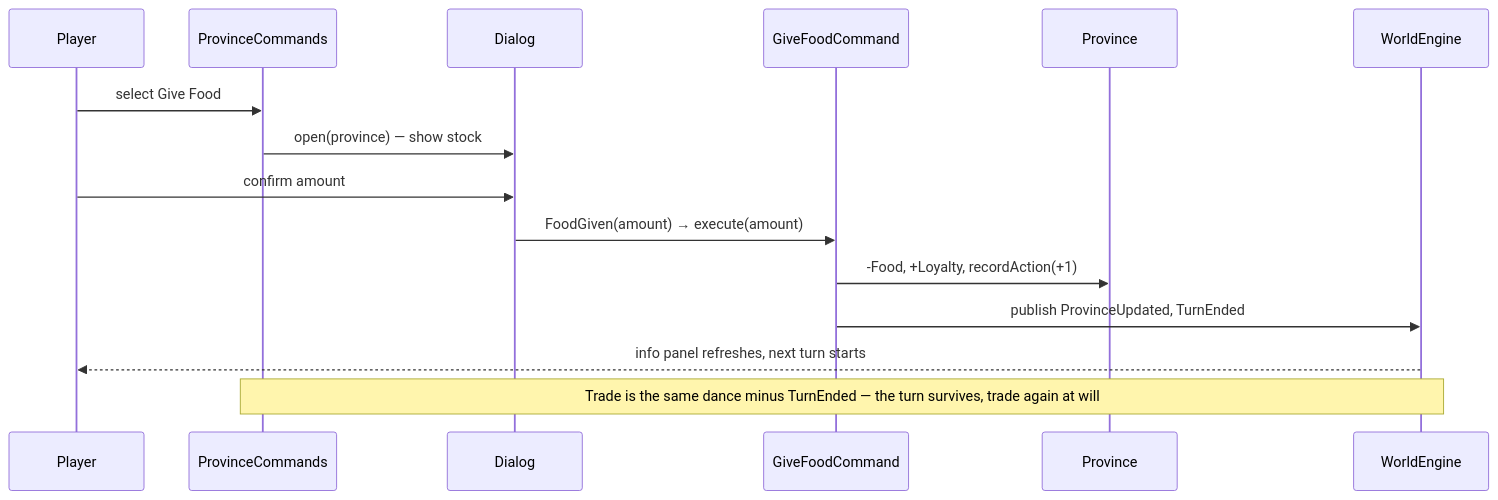
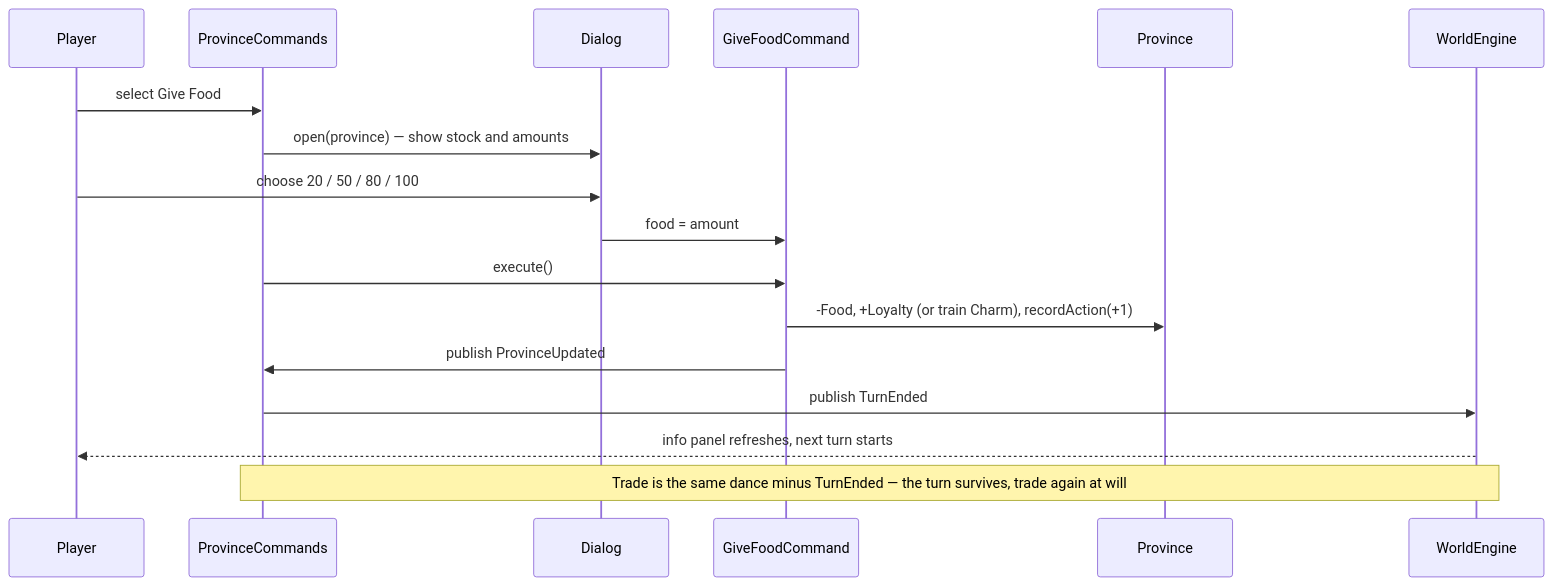
The third of 3 diagrams in gemstorm/docs/design/03-province-economy.md (pslotinsky/kunstkamera), drawn with Mermaid before and after one commit. The commit also changed other lines of this file and 19 other files, not shown here.

````diff
--- a/gemstorm/docs/design/03-province-economy.md
+++ b/gemstorm/docs/design/03-province-economy.md
@@ -158,17 +167,19 @@
 ```mermaid
 sequenceDiagram
   participant Player
   participant Menu as ProvinceCommands
   participant Dialog
   participant Command as GiveFoodCommand
   participant Province
   participant Engine as WorldEngine
   Player->>Menu: select Give Food
-  Menu->>Dialog: open(province) — show stock
-  Player->>Dialog: confirm amount
-  Dialog->>Command: FoodGiven(amount) → execute(amount)
-  Command->>Province: -Food, +Loyalty, recordAction(+1)
-  Command->>Engine: publish ProvinceUpdated, TurnEnded
+  Menu->>Dialog: open(province) — show stock and amounts
+  Player->>Dialog: choose 20 / 50 / 80 / 100
+  Dialog->>Command: food = amount
+  Menu->>Command: execute()
+  Command->>Province: -Food, +Loyalty (or train Charm), recordAction(+1)
+  Command->>Menu: publish ProvinceUpdated
+  Menu->>Engine: publish TurnEnded
   Engine-->>Player: info panel refreshes, next turn starts
   Note over Menu,Engine: Trade is the same dance minus TurnEnded — the turn survives, trade again at will
 ```
````
